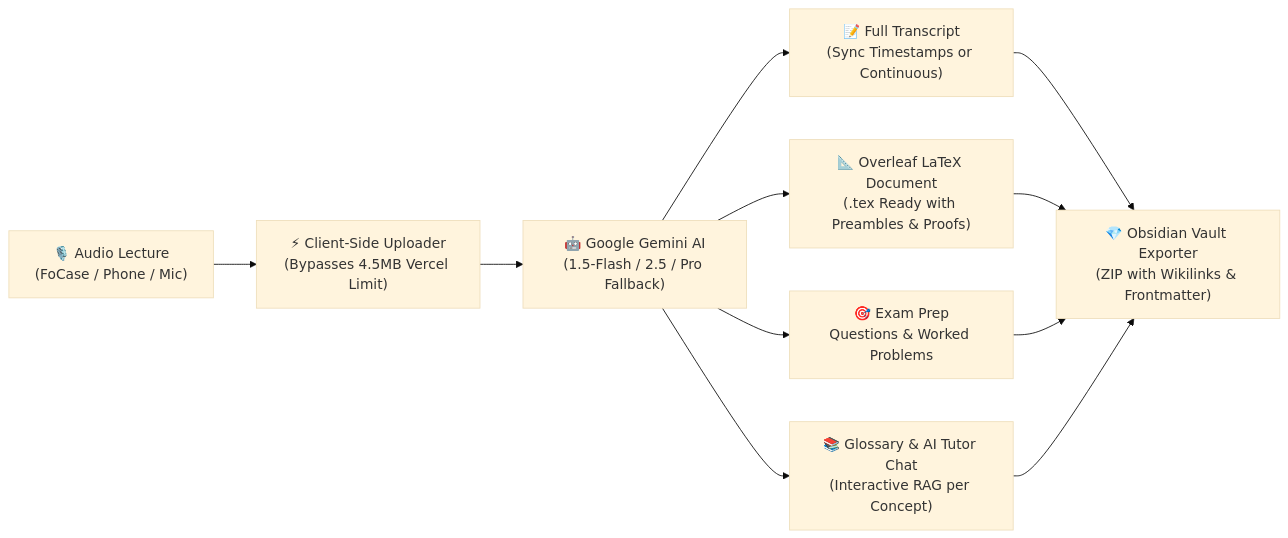
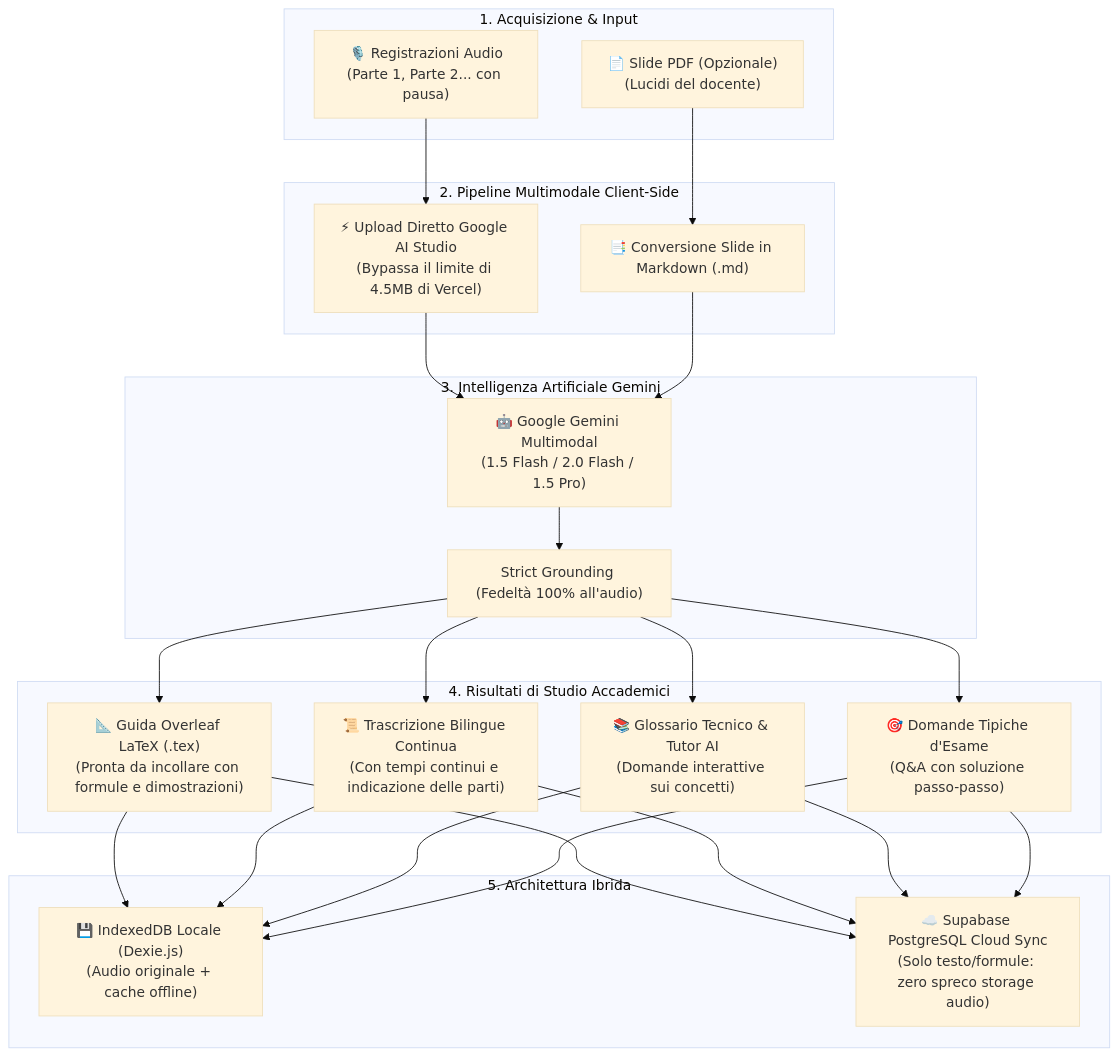
One commit to lorisscosta/omnilecture-studio changed the diagram in README.md. Above: the diagram before and after it, drawn with Mermaid (base theme). The commit also changed other lines of this file, not shown here.

Commit message:
docs: rewrite README with full architecture, Supabase, Vercel, and Gemini setup guides

````diff
--- a/README.md
+++ b/README.md
@@ -28,10 +29,29 @@
 ```mermaid
-flowchart LR
-    A["🎙️ Audio Lecture\n(FoCase / Phone / Mic)"] --> B["⚡ Client-Side Uploader\n(Bypasses 4.5MB Vercel Limit)"]
-    B --> C["🤖 Google Gemini AI\n(1.5-Flash / 2.5 / Pro Fallback)"]
-    C --> D["📝 Full Transcript\n(Sync Timestamps or Continuous)"]
-    C --> E["📐 Overleaf LaTeX Document\n(.tex Ready with Preambles & Proofs)"]
-    C --> F["🎯 Exam Prep\nQuestions & Worked Problems"]
-    C --> G["📚 Glossary & AI Tutor Chat\n(Interactive RAG per Concept)"]
-    D & E & F & G --> H["💎 Obsidian Vault Exporter\n(ZIP with Wikilinks & Frontmatter)"]
+flowchart TD
+    subgraph INPUT["1. Acquisizione & Input"]
+        A["🎙️ Registrazioni Audio\n(Parte 1, Parte 2... con pausa)"]
+        B["📄 Slide PDF (Opzionale)\n(Lucidi del docente)"]
+    end
+
+    subgraph CLIENT["2. Pipeline Multimodale Client-Side"]
+        A --> C["⚡ Upload Diretto Google AI Studio\n(Bypassa il limite di 4.5MB di Vercel)"]
+        B --> D["📑 Conversione Slide in Markdown (.md)"]
+    end
+
+    subgraph AI["3. Intelligenza Artificiale Gemini"]
+        C & D --> E["🤖 Google Gemini Multimodal\n(1.5 Flash / 2.0 Flash / 1.5 Pro)"]
+        E --> F["Strict Grounding (Fedeltà 100% all'audio)"]
+    end
+
+    subgraph OUTPUT["4. Risultati di Studio Accademici"]
+        F --> G["📐 Guida Overleaf LaTeX (.tex)\n(Pronta da incollare con formule e dimostrazioni)"]
+        F --> H["📜 Trascrizione Bilingue Continua\n(Con tempi continui e indicazione delle parti)"]
+        F --> I["📚 Glossario Tecnico & Tutor AI\n(Domande interattive sui concetti)"]
+        F --> J["🎯 Domande Tipiche d'Esame\n(Q&A con soluzione passo-passo)"]
+    end
+
+    subgraph STORAGE["5. Architettura Ibrida"]
+        G & H & I & J --> K["💾 IndexedDB Locale (Dexie.js)\n(Audio originale + cache offline)"]
+        G & H & I & J --> L["☁️ Supabase PostgreSQL Cloud Sync\n(Solo testo/formule: zero spreco storage audio)"]
+    end
 ```
````
